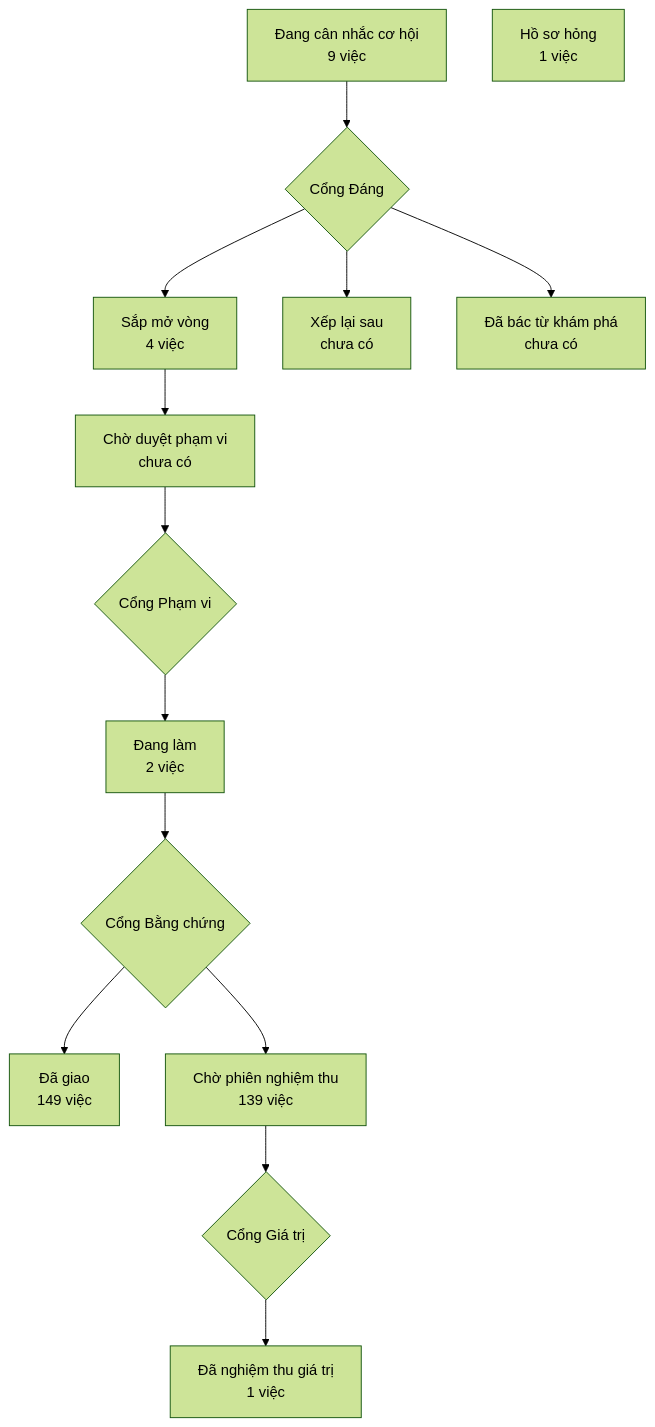
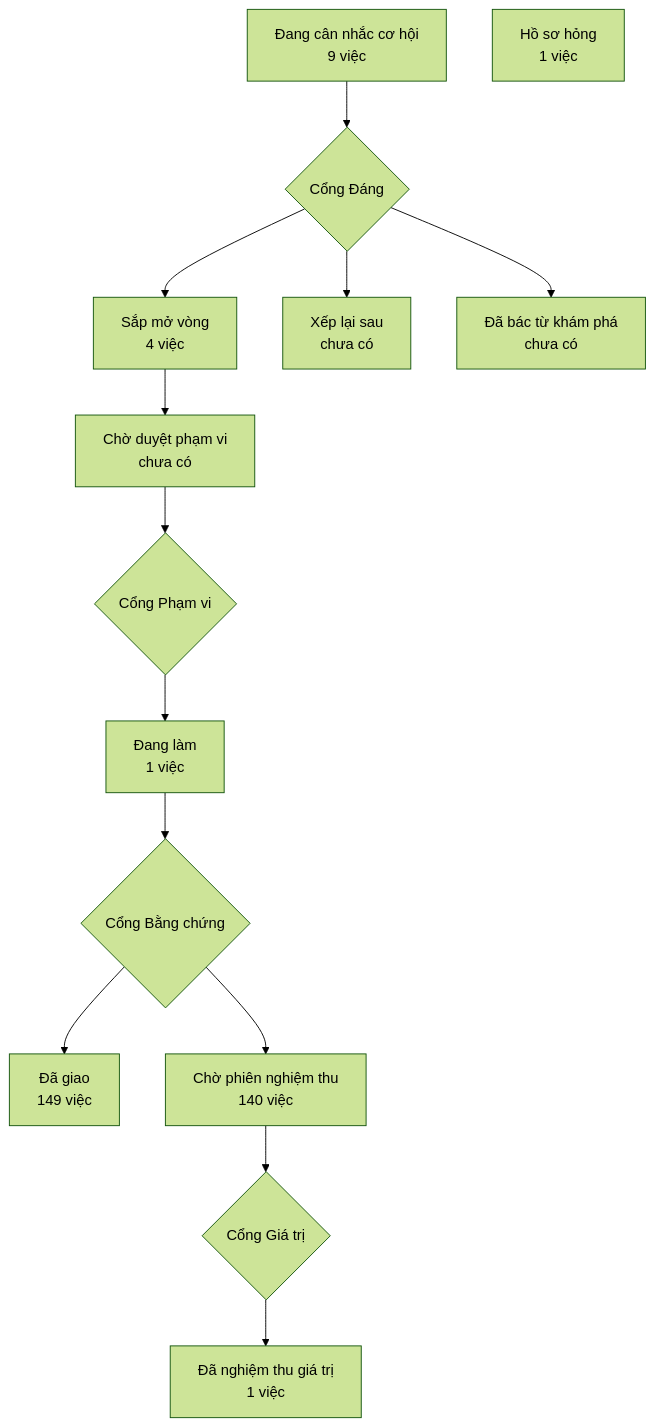
The diagram in PRODUCT-MAP.md (phanlemanh/crm-onehub), drawn with Mermaid (forest theme) before and after one commit. The commit also changed 1 other file, not shown here.

Commit message:
docs(product-map): vẽ lại sau chữ ký dich-ten-nganh-bang-bang

````diff
--- a/PRODUCT-MAP.md
+++ b/PRODUCT-MAP.md
@@ -7,13 +7,13 @@
 ```mermaid
 flowchart TD
   A["Đang cân nhắc cơ hội<br/>9 việc"] --> GD{"Cổng Đáng"}
   GD --> B["Sắp mở vòng<br/>4 việc"]
   GD --> XL["Xếp lại sau<br/>chưa có"]
   GD --> DB["Đã bác từ khám phá<br/>chưa có"]
   B --> CD["Chờ duyệt phạm vi<br/>chưa có"] --> GP{"Cổng Phạm vi"}
-  GP --> DL["Đang làm<br/>2 việc"] --> GB{"Cổng Bằng chứng"}
+  GP --> DL["Đang làm<br/>1 việc"] --> GB{"Cổng Bằng chứng"}
   GB --> DG["Đã giao<br/>149 việc"]
-  GB --> CN["Chờ phiên nghiệm thu<br/>139 việc"] --> GG{"Cổng Giá trị"}
+  GB --> CN["Chờ phiên nghiệm thu<br/>140 việc"] --> GG{"Cổng Giá trị"}
   GG --> NT["Đã nghiệm thu giá trị<br/>1 việc"]
   HS["Hồ sơ hỏng<br/>1 việc"]
 ```
````
